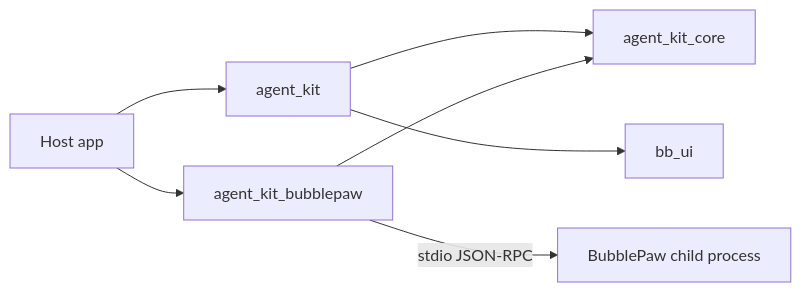
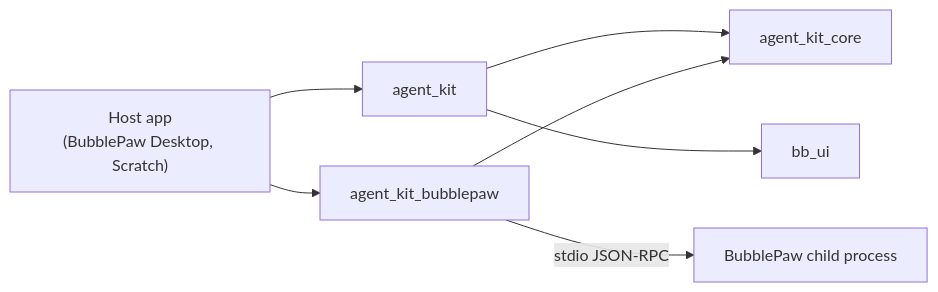
Before and after one commit to BubbleBuffer/agent-kit: the diagram in README.md, drawn with Mermaid. The commit also changed other lines of this file, not shown here.

Commit message:
Say which apps use agent-kit in the README (#52)

````diff
--- a/README.md
+++ b/README.md
@@ -43,9 +45,9 @@
 ```mermaid
 flowchart LR
-  host[Host app] --> kit[agent_kit]
+  host["Host app<br/>(BubblePaw Desktop, Scratch)"] --> kit[agent_kit]
   host --> bp[agent_kit_bubblepaw]
   kit --> core[agent_kit_core]
   bp --> core
   kit --> ui[bb_ui]
   bp -->|stdio JSON-RPC| child[BubblePaw child process]
 ```
````
